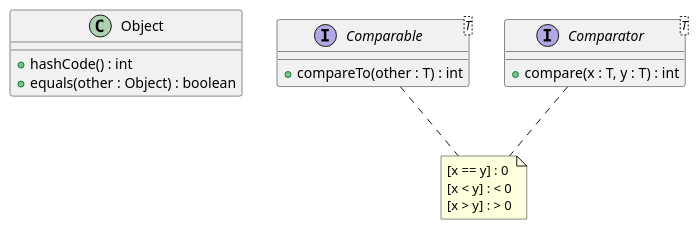
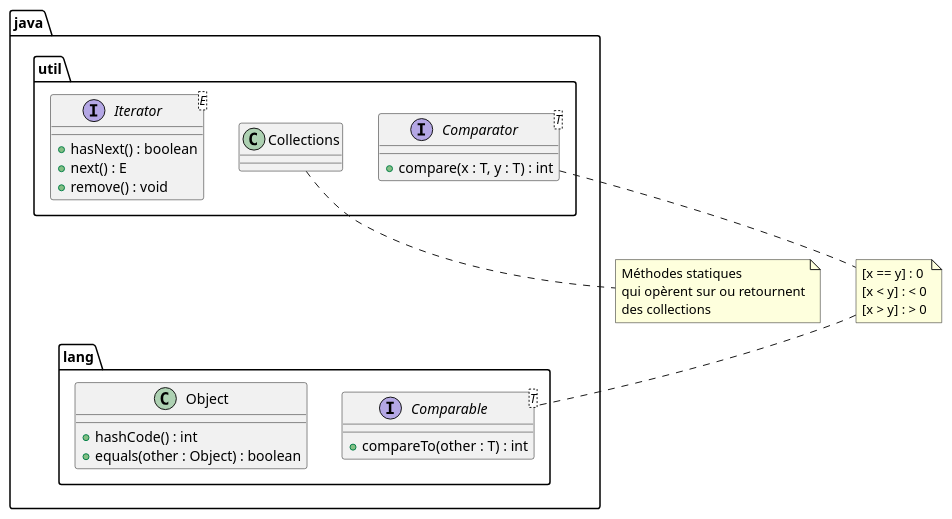
The diagram in src/main/asciidoc/images/object-and-comparison.puml (umons-polytech-odl2017/odl-tp5-theopoissonnier), drawn with PlantUML before and after one commit. The commit also changed 5 other files, not shown here.

```diff
--- a/src/main/asciidoc/images/object-and-comparison.puml
+++ b/src/main/asciidoc/images/object-and-comparison.puml
@@ -1,20 +1,35 @@
 @startuml
 
-class Object {
-    +hashCode() : int
-    +equals(other : Object) : boolean
+package java.lang {
+    class Object {
+        +hashCode() : int
+        +equals(other : Object) : boolean
+    }
+
+    interface Comparable<T> {
+        +compareTo(other : T) : int
+    }
 }
 
-interface Comparable<T> {
-    +compareTo(other : T) : int
+package java.util {
+    class Collections
+    interface Iterator<E> {
+        +hasNext() : boolean
+        +next() : E
+        +remove() : void
+    }
+
+    interface Comparator<T> {
+        +compare(x : T, y : T) : int
+    }
 }
 
-interface Comparator<T> {
-    +compare(x : T, y : T) : int
-}
+note bottom of Collections : Méthodes statiques\nqui opèrent sur ou retournent\ndes collections
+
 
 note "[x == y] : 0\n[x < y] : < 0\n[x > y] : > 0" as n1
-Comparable .. n1
+n1 .. Comparable
 Comparator .. n1
 
+Iterator -[hidden]-- Object
 @enduml
```
